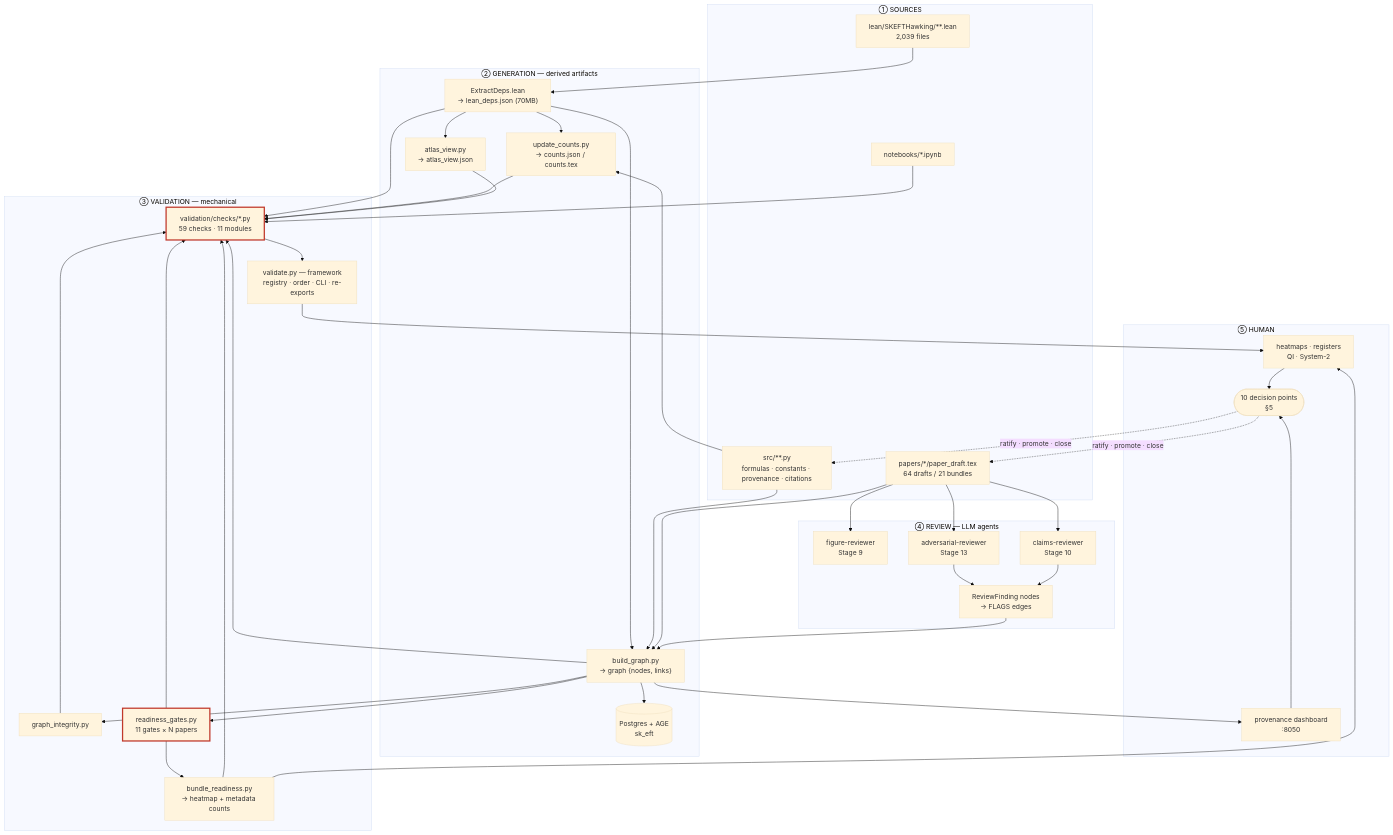
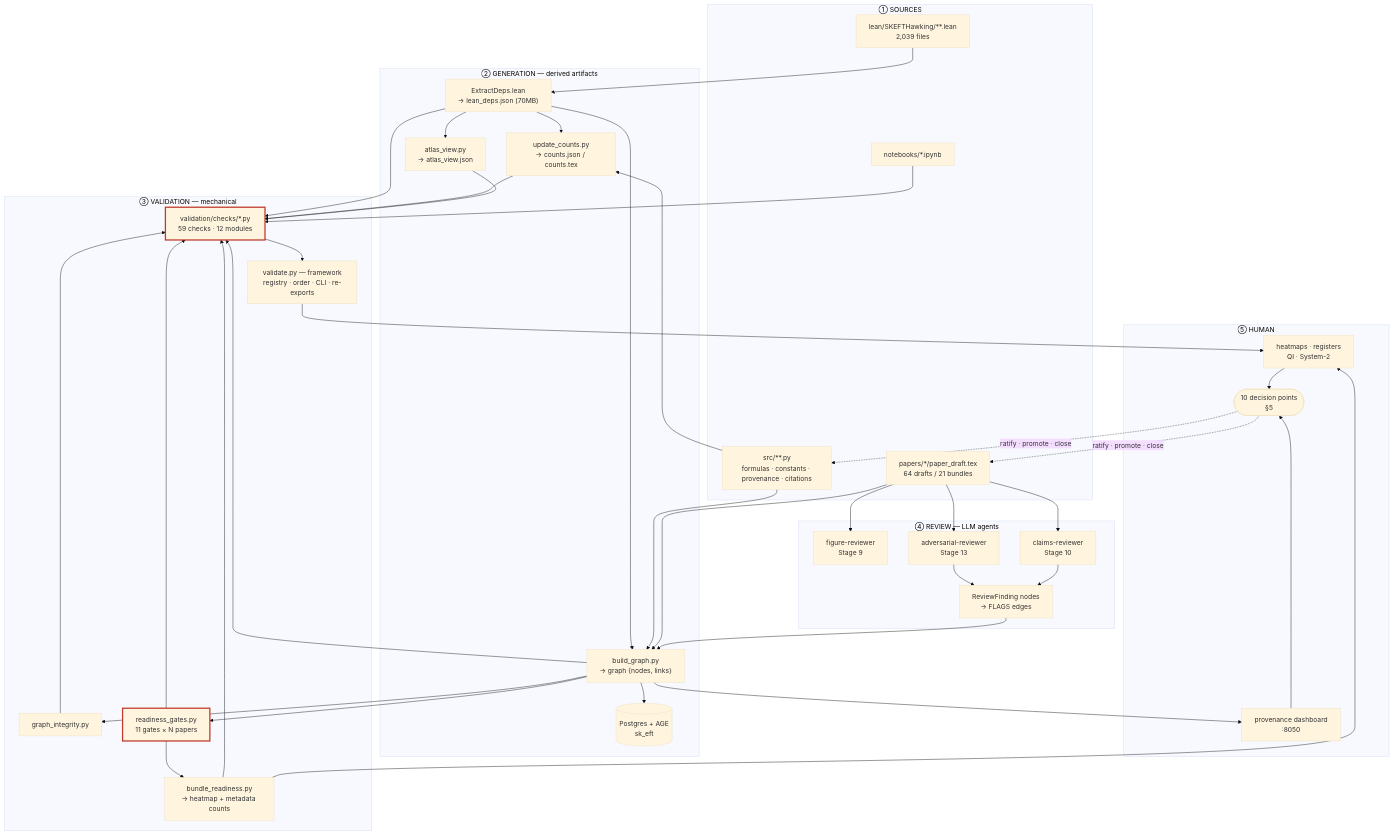
The first of 3 diagrams in docs/architecture/QA_QI_INFRASTRUCTURE_MAP.md (NetRxn/SK_EFT_Hawking), drawn with Mermaid (base theme) before and after one commit. The commit also changed other lines of this file and 17 other files, not shown here.

````diff
--- a/docs/architecture/QA_QI_INFRASTRUCTURE_MAP.md
+++ b/docs/architecture/QA_QI_INFRASTRUCTURE_MAP.md
@@ -41,58 +44,58 @@
 ```mermaid
 flowchart TB
     subgraph S["① SOURCES"]
         LEAN["lean/SKEFTHawking/**.lean<br/>2,039 files"]
         PY["src/**.py<br/>formulas · constants · provenance · citations"]
         TEX["papers/*/paper_draft.tex<br/>64 drafts / 21 bundles"]
         NB["notebooks/*.ipynb"]
     end
 
     subgraph G["② GENERATION — derived artifacts"]
         ED["ExtractDeps.lean<br/>→ lean_deps.json (70MB)"]
         CNT["update_counts.py<br/>→ counts.json / counts.tex"]
         ATL["atlas_view.py<br/>→ atlas_view.json"]
         BG["build_graph.py<br/>→ graph {nodes, links}"]
         PG[("Postgres + AGE<br/>sk_eft")]
     end
 
     subgraph V["③ VALIDATION — mechanical"]
         VAL["validate.py — framework<br/>registry · order · CLI · re-exports"]
-        VCK["validation/checks/*.py<br/>59 checks · 11 modules"]
+        VCK["validation/checks/*.py<br/>59 checks · 12 modules"]
         GI["graph_integrity.py"]
         RG["readiness_gates.py<br/>11 gates × N papers"]
         BR["bundle_readiness.py<br/>→ heatmap + metadata counts"]
     end
 
     subgraph R["④ REVIEW — LLM agents"]
         FR["figure-reviewer<br/>Stage 9"]
         CR["claims-reviewer<br/>Stage 10"]
         AR["adversarial-reviewer<br/>Stage 13"]
         RF["ReviewFinding nodes<br/>→ FLAGS edges"]
     end
 
     subgraph H["⑤ HUMAN"]
         DASH["provenance dashboard<br/>:8050"]
         HEAT["heatmaps · registers<br/>QI · System-2"]
         DEC(["10 decision points<br/>§5"])
     end
 
     LEAN --> ED --> CNT & ATL & BG
     PY --> BG & CNT
     TEX --> BG
     BG --> PG & GI & RG
     RG --> BR
     ED & CNT & ATL & BG --> VCK
     GI & RG & BR --> VCK
     VCK --> VAL
     TEX --> FR & CR & AR
     NB --> VCK
     AR & CR --> RF --> BG
     VAL --> HEAT
     BR --> HEAT
     BG --> DASH
     HEAT & DASH --> DEC
     DEC -.->|"ratify · promote · close"| PY & TEX
 
     classDef broken stroke:#c0392b,stroke-width:3px
     class VCK,RG broken
 ```
````
